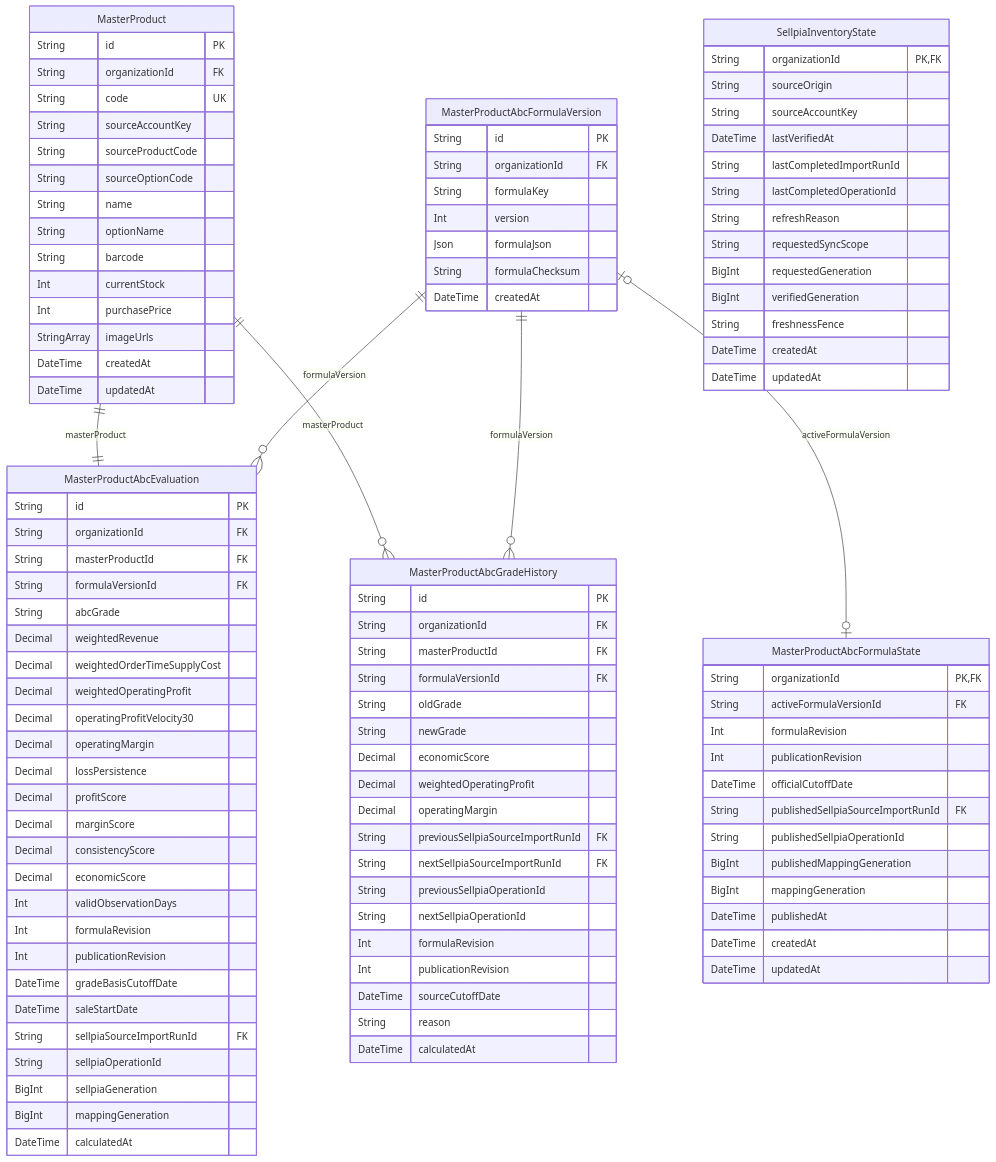
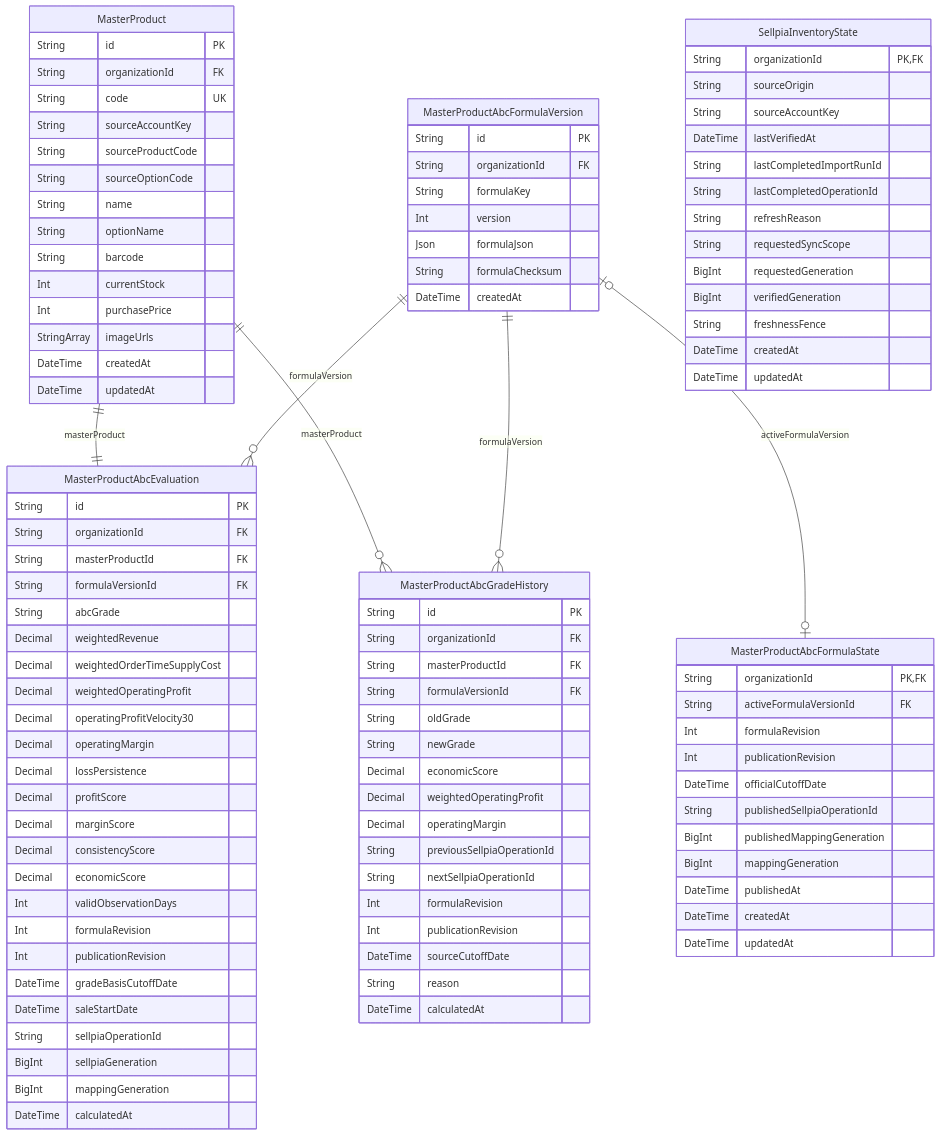
The diagram in docs/erd/products.md (AgentFoundry-Labs/kiditem), drawn with Mermaid before and after one commit. The commit also changed other lines of this file and 32 other files, not shown here.

First line of the commit message:
refactor(KID-365): 읽는 곳 없는 옛 run 칸 6개 삭제 — ABC 셀피아 run 칸 넷과 ChannelListing·Option lastImportRunId

```diff
--- a/docs/erd/products.md
+++ b/docs/erd/products.md
@@ -57,7 +57,6 @@
     Int publicationRevision
     DateTime gradeBasisCutoffDate
     DateTime saleStartDate
-    String sellpiaSourceImportRunId FK
     String sellpiaOperationId
     BigInt sellpiaGeneration
     BigInt mappingGeneration
@@ -69,7 +68,6 @@
     Int formulaRevision
     Int publicationRevision
     DateTime officialCutoffDate
-    String publishedSellpiaSourceImportRunId FK
     String publishedSellpiaOperationId
     BigInt publishedMappingGeneration
     BigInt mappingGeneration
@@ -96,8 +94,6 @@
     Decimal economicScore
     Decimal weightedOperatingProfit
     Decimal operatingMargin
-    String previousSellpiaSourceImportRunId FK
-    String nextSellpiaSourceImportRunId FK
     String previousSellpiaOperationId
     String nextSellpiaOperationId
     Int formulaRevision
```
